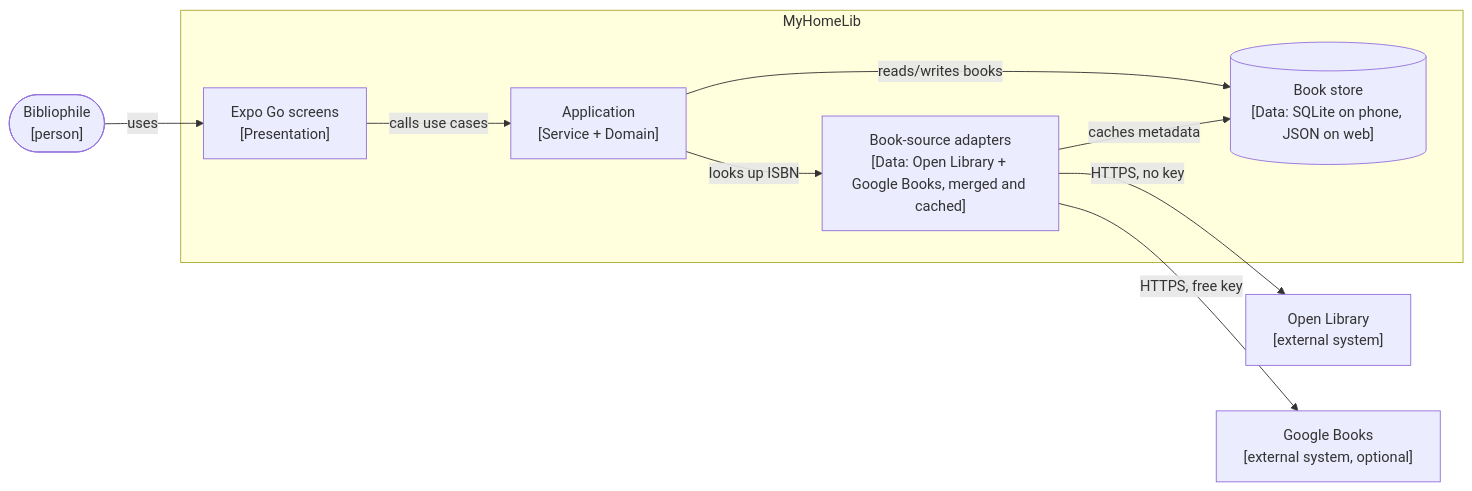
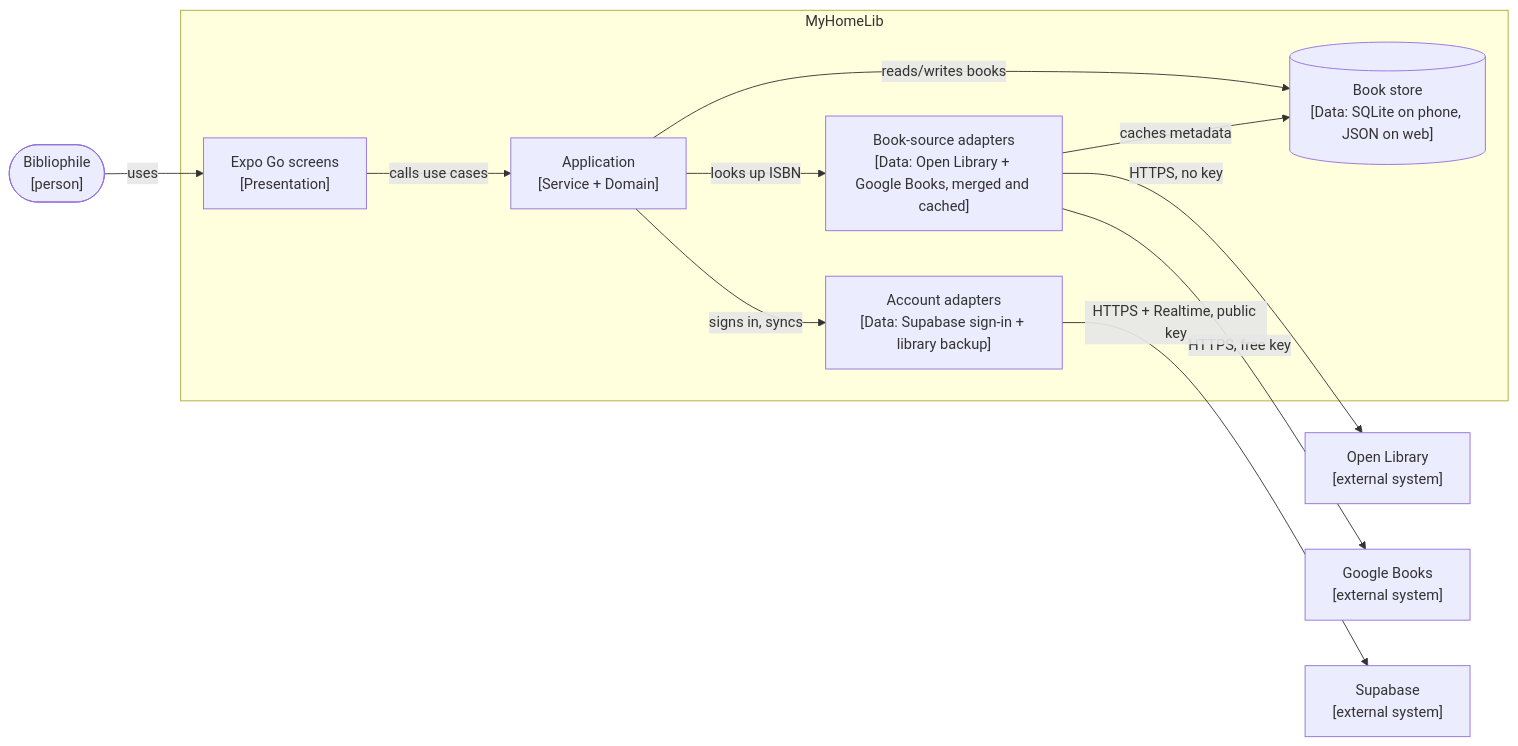
The second of 7 diagrams in README.md (ghechavarria/cen5064-project-hechavarria), drawn with Mermaid before and after one commit. The commit also changed other lines of this file, not shown here.

First line of the commit message:
README: architecture diagrams and tier table cover feature 4; ADR-012 listed

````diff
--- a/README.md
+++ b/README.md
@@ -144,16 +145,19 @@
 ```mermaid
 flowchart LR
     user(["Bibliophile<br/>[person]"]) -->|uses| ui
     subgraph MyHomeLib [MyHomeLib]
         ui["Expo Go screens<br/>[Presentation]"]
         app["Application<br/>[Service + Domain]"]
         db[("Book store<br/>[Data: SQLite on phone, JSON on web]")]
         lookup["Book-source adapters<br/>[Data: Open Library + Google Books, merged and cached]"]
         ui -->|calls use cases| app
         app -->|reads/writes books| db
         app -->|looks up ISBN| lookup
+        accounts["Account adapters<br/>[Data: Supabase sign-in + library backup]"]
+        app -->|signs in, syncs| accounts
         lookup -->|caches metadata| db
     end
     lookup -->|HTTPS, no key| openLibrary["Open Library<br/>[external system]"]
-    lookup -->|HTTPS, free key| google["Google Books<br/>[external system, optional]"]
+    lookup -->|HTTPS, free key| google["Google Books<br/>[external system]"]
+    accounts -->|HTTPS + Realtime, public key| supabase["Supabase<br/>[external system]"]
 ```
````
